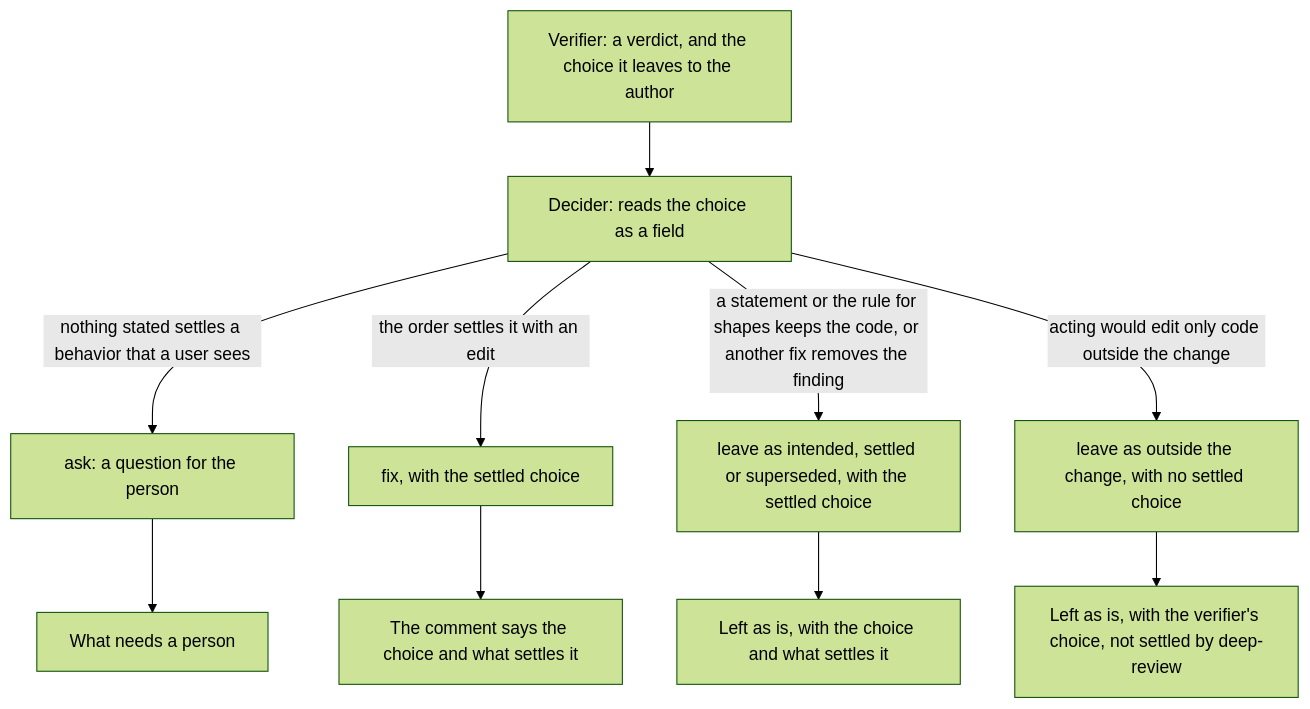
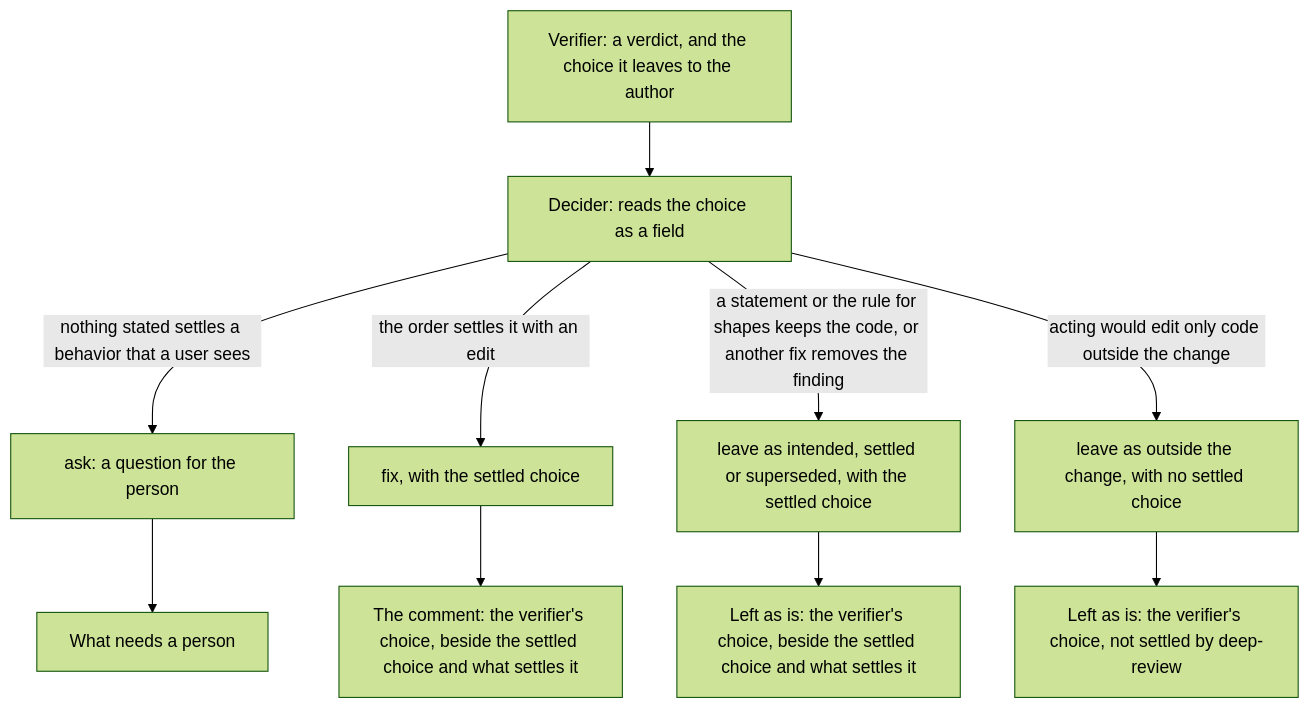
Before and after one commit to josephjang/deep-review: the diagram in docs/changes/2026-11-06-choice-settled-on-the-record.requirements.md, drawn with Mermaid (forest theme). The commit also changed other lines of this file and 1 other file, not shown here.

First line of the commit message:
docs(changes): Show the verifier's choice beside every settlement

````diff
--- a/docs/changes/2026-11-06-choice-settled-on-the-record.requirements.md
+++ b/docs/changes/2026-11-06-choice-settled-on-the-record.requirements.md
@@ -15,12 +15,12 @@
 ```mermaid
 flowchart TD
     V["Verifier: a verdict, and the choice it leaves to the author"] --> D["Decider: reads the choice as a field"]
     D -->|"nothing stated settles a behavior that a user sees"| A["ask: a question for the person"]
     D -->|"the order settles it with an edit"| F["fix, with the settled choice"]
     D -->|"a statement or the rule for shapes keeps the code, or another fix removes the finding"| L["leave as intended, settled or superseded, with the settled choice"]
     D -->|"acting would edit only code outside the change"| O["leave as outside the change, with no settled choice"]
     A --> N["What needs a person"]
-    F --> C["The comment says the choice and what settles it"]
-    L --> E["Left as is, with the choice and what settles it"]
-    O --> U["Left as is, with the verifier's choice, not settled by deep-review"]
+    F --> C["The comment: the verifier's choice, beside the settled choice and what settles it"]
+    L --> E["Left as is: the verifier's choice, beside the settled choice and what settles it"]
+    O --> U["Left as is: the verifier's choice, not settled by deep-review"]
 ```
````
